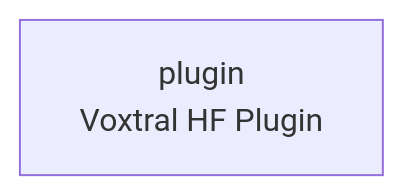
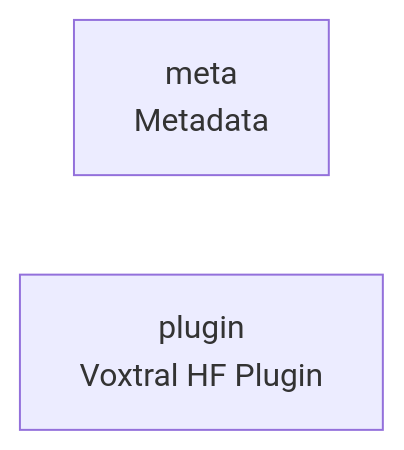
One commit to cj-mills/cjm-transcription-plugin-voxtral-hf changed the diagram in README.md. Above: the diagram before and after it, drawn with Mermaid. The commit also changed other lines of this file and 8 other files, not shown here.

````diff
--- a/README.md
+++ b/README.md
@@ -21,4 +22,5 @@
 ``` mermaid
 graph LR
+    meta[meta<br/>Metadata]
     plugin[plugin<br/>Voxtral HF Plugin]
 ```
````
